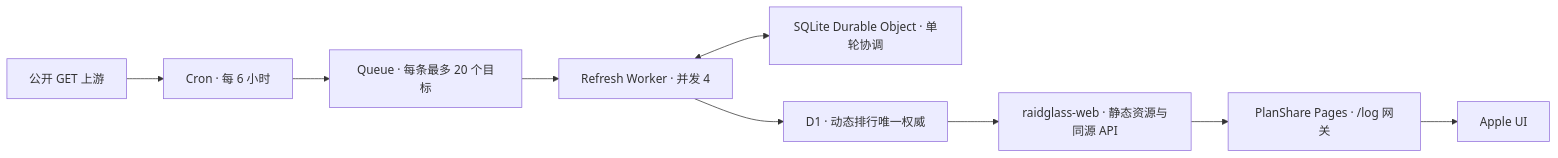
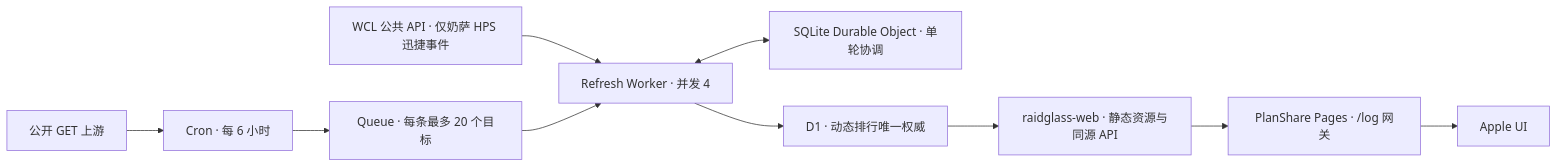
One commit to RuofanYou/planshare-stt changed the diagram in RaidGlass/docs/production-architecture.md. Above: the diagram before and after it, drawn with Mermaid. The commit also changed other lines of this file and 6 other files, not shown here.

````diff
--- a/RaidGlass/docs/production-architecture.md
+++ b/RaidGlass/docs/production-architecture.md
@@ -5,11 +5,12 @@
 ```mermaid
 flowchart LR
   UPSTREAM["公开 GET 上游"] --> CRON["Cron · 每 6 小时"]
+  WCL["WCL 公共 API · 仅奶萨 HPS 迅捷事件"] --> WORKER
   CRON --> QUEUE["Queue · 每条最多 20 个目标"]
   QUEUE --> WORKER["Refresh Worker · 并发 4"]
   WORKER <--> DO["SQLite Durable Object · 单轮协调"]
   WORKER --> D1["D1 · 动态排行唯一权威"]
   D1 --> WEB["raidglass-web · 静态资源与同源 API"]
   WEB --> GATEWAY["PlanShare Pages · /log 网关"]
   GATEWAY --> UI["Apple UI"]
 ```
````
